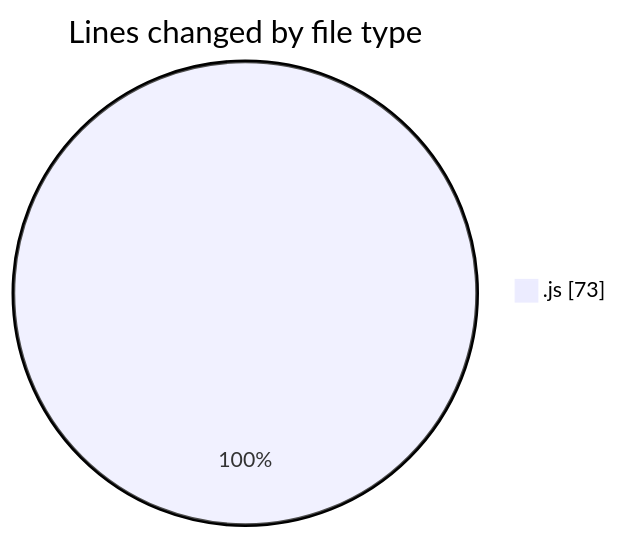
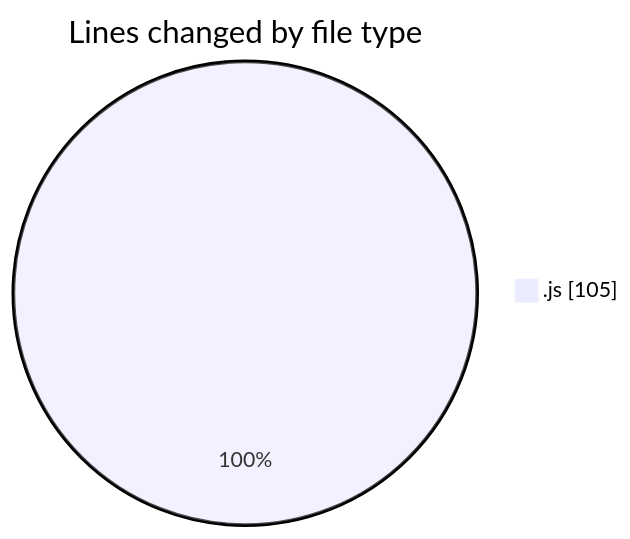
One commit to momahboobian/code-tracking changed the first of 2 diagrams in 2025-02-05/cda/README.md. Above: the diagram before and after it, drawn with Mermaid. The commit also changed other lines of this file and 1 other file, not shown here.

````diff
--- a/2025-02-05/cda/README.md
+++ b/2025-02-05/cda/README.md
@@ -22,5 +23,5 @@
 ```mermaid
 pie showData
 title Lines changed by file type
-".js" : 73
+".js" : 105
 ```
````
